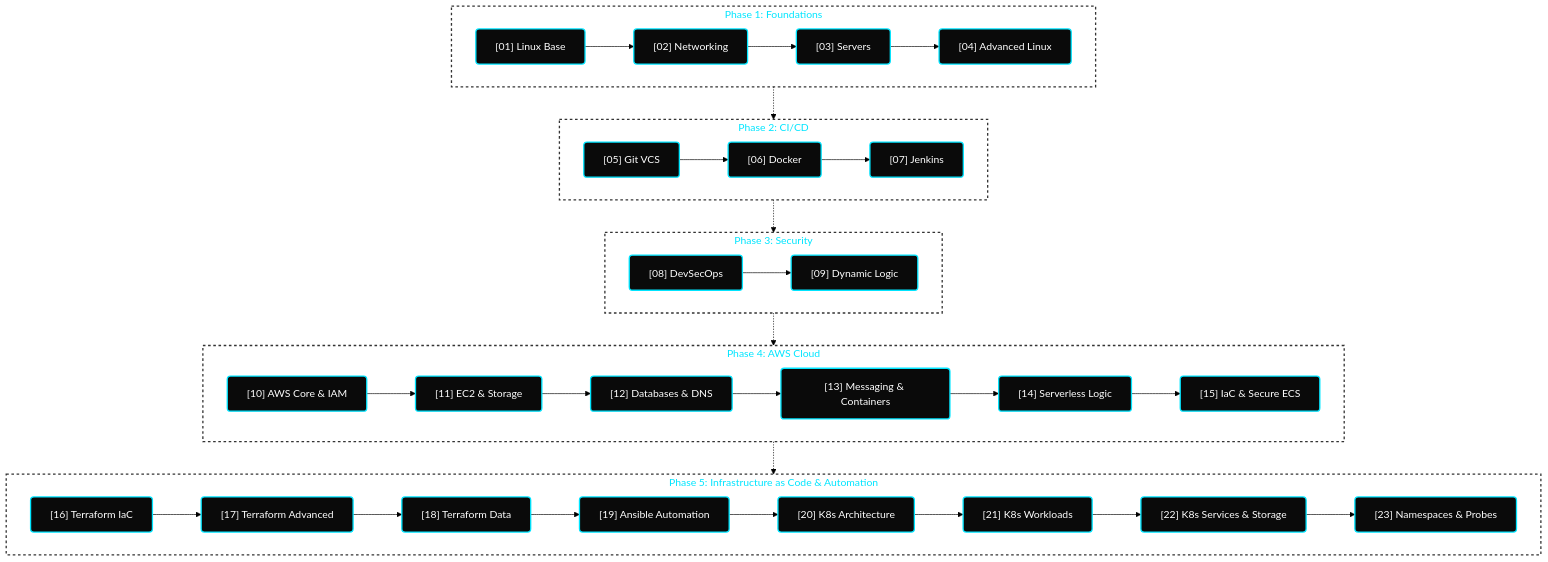
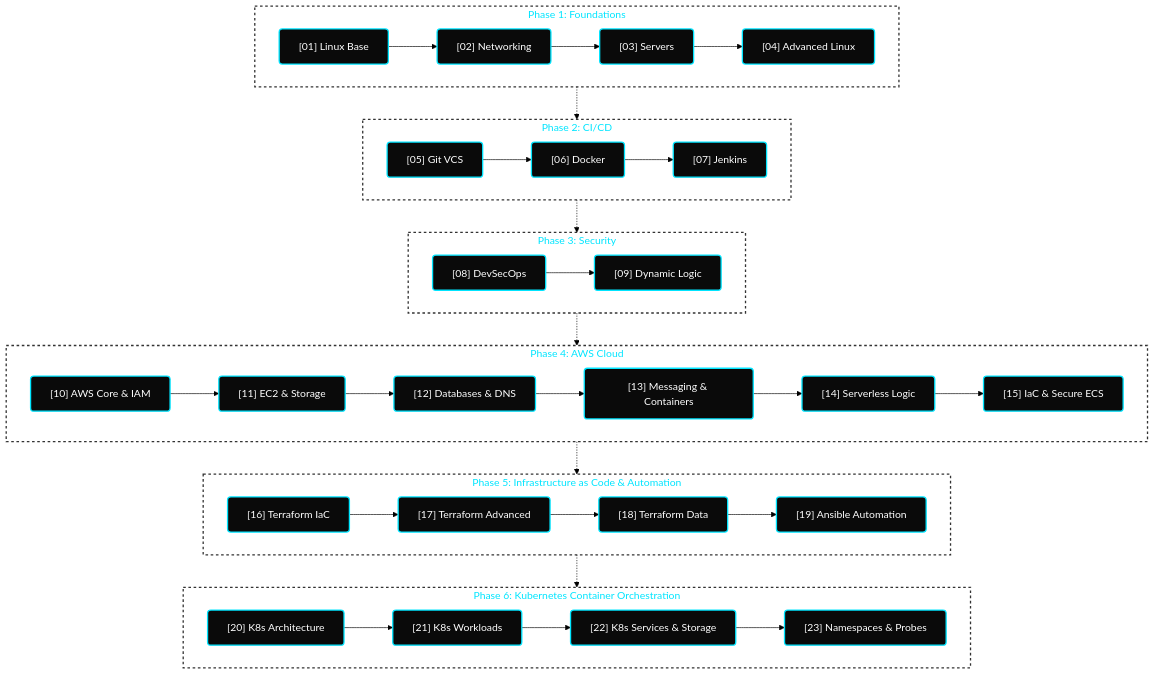
One commit to hridyen/DevOps-Survival-Roadmap changed the diagram in README.md. Above: the diagram before and after it, drawn with Mermaid (forest theme). The commit also changed other lines of this file, not shown here.

Commit message:
phase 6  started

````diff
--- a/README.md
+++ b/README.md
@@ -124,33 +126,38 @@
 ```mermaid
 flowchart TD
     classDef default fill:#0A0A0A,stroke:#00E5FF,stroke-width:2px,color:#FFFFFF,rx:5px,ry:5px;
     classDef active fill:#0A0A0A,stroke:#FF0055,stroke-width:3px,color:#FFFFFF,rx:5px,ry:5px;
     classDef phase fill:transparent,stroke:#333333,stroke-width:2px,stroke-dasharray: 4 4,color:#00E5FF;
 
     subgraph P1 [Phase 1: Foundations]
         A["[01] Linux Base"] --> B["[02] Networking"] --> C["[03] Servers"] --> D["[04] Advanced Linux"]
     end
 
     subgraph P2 [Phase 2: CI/CD]
         E["[05] Git VCS"] --> F["[06] Docker"] --> G["[07] Jenkins"]
     end
 
     subgraph P3 [Phase 3: Security]
         H["[08] DevSecOps"] --> I["[09] Dynamic Logic"]
     end
 
     subgraph P4 [Phase 4: AWS Cloud]
         J["[10] AWS Core & IAM"] --> K["[11] EC2 & Storage"] --> L["[12] Databases & DNS"] --> M["[13] Messaging & Containers"] --> N["[14] Serverless Logic"] --> O["[15] IaC & Secure ECS"]
     end
 
     subgraph P5 [Phase 5: Infrastructure as Code & Automation]
-        P["[16] Terraform IaC"] --> Q["[17] Terraform Advanced"] --> R["[18] Terraform Data"] --> S["[19] Ansible Automation"] --> T["[20] K8s Architecture"] --> U["[21] K8s Workloads"] --> V["[22] K8s Services & Storage"] --> W["[23] Namespaces & Probes"]
+        P["[16] Terraform IaC"] --> Q["[17] Terraform Advanced"] --> R["[18] Terraform Data"] --> S["[19] Ansible Automation"]
+    end
+
+    subgraph P6 [Phase 6: Kubernetes Container Orchestration]
+        T["[20] K8s Architecture"] --> U["[21] K8s Workloads"] --> V["[22] K8s Services & Storage"] --> W["[23] Namespaces & Probes"]
     end
 
     P1 -.-> P2
     P2 -.-> P3
     P3 -.-> P4
     P4 -.-> P5
+    P5 -.-> P6
     
-    class P1,P2,P3,P4,P5 phase;
+    class P1,P2,P3,P4,P5,P6 phase;
 ```
````
